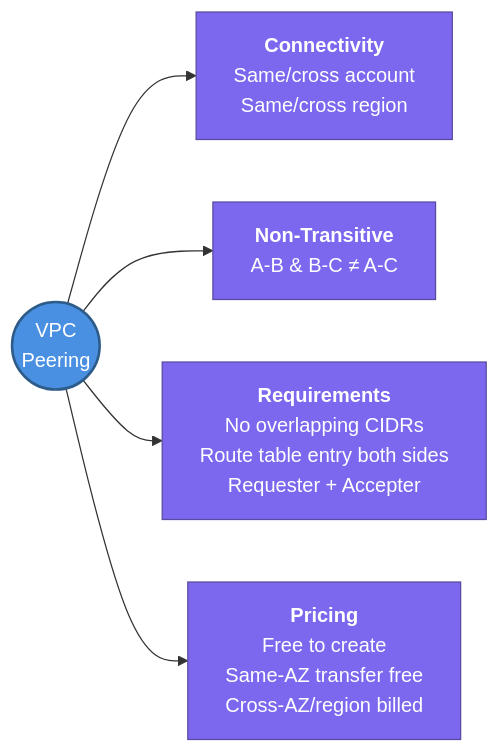
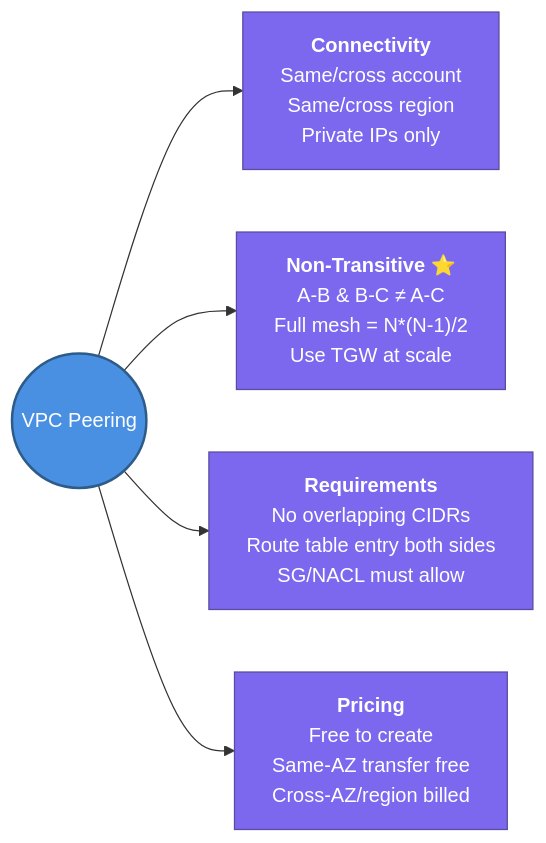
Before and after one commit to madhankumar866/cloud-engineering-vault: the second of 2 diagrams in Knowledge Base/AWS/VPC/VPC-Peering.md, drawn with Mermaid. The commit also changed other lines of this file and 16 other files, not shown here.

Commit message:
feat: expand AWS VPC documentation, add notes for RAM, Flow Logs, and PrivateLink, and refactor subnet guidelines

````diff
--- a/Knowledge Base/AWS/VPC/VPC-Peering.md
+++ b/Knowledge Base/AWS/VPC/VPC-Peering.md
@@ -32,13 +118,13 @@
 ```mermaid
 flowchart LR
-    VP((VPC<br/>Peering))
-    VP --> CON["<b>Connectivity</b><br/>Same/cross account<br/>Same/cross region"]
-    VP --> NT["<b>Non-Transitive</b><br/>A-B & B-C ≠ A-C"]
-    VP --> REQ["<b>Requirements</b><br/>No overlapping CIDRs<br/>Route table entry both sides<br/>Requester + Accepter"]
+    VP((VPC Peering))
+    VP --> CON["<b>Connectivity</b><br/>Same/cross account<br/>Same/cross region<br/>Private IPs only"]
+    VP --> NT["<b>Non-Transitive ⭐</b><br/>A-B & B-C ≠ A-C<br/>Full mesh = N*(N-1)/2<br/>Use TGW at scale"]
+    VP --> REQ["<b>Requirements</b><br/>No overlapping CIDRs<br/>Route table entry both sides<br/>SG/NACL must allow"]
     VP --> PR["<b>Pricing</b><br/>Free to create<br/>Same-AZ transfer free<br/>Cross-AZ/region billed"]
 
     classDef root fill:#4A90E2,stroke:#2E5C8A,color:#fff,stroke-width:2px
     classDef node fill:#7B68EE,stroke:#5A4BA0,color:#fff
     class VP root
     class CON,NT,REQ,PR node
 ```
````
